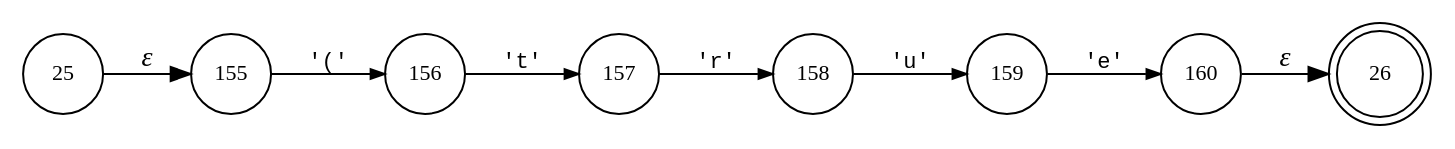
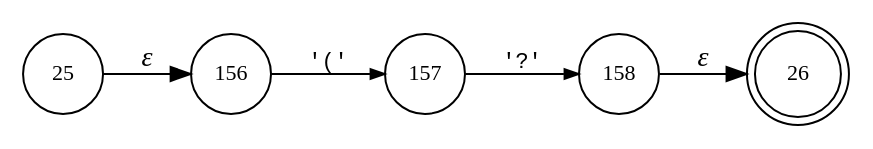
One commit to vulogov/Bund-old changed the diagram in internal/parser/BundLexer.T__12.dot. Above: the diagram before and after it, drawn with Graphviz. The commit also changed 169 other files, not shown here.

```diff
--- a/internal/parser/BundLexer.T__12.dot
+++ b/internal/parser/BundLexer.T__12.dot
@@ -1,18 +1,12 @@
 digraph ATN {
 rankdir=LR;
 s26[fontsize=11, label="26", shape=doublecircle, fixedsize=true, width=.6];
-s160[fontsize=11,label="160", shape=circle, fixedsize=true, width=.55, peripheries=1];
 s25[fontsize=11,label="25", shape=circle, fixedsize=true, width=.55, peripheries=1];
-s155[fontsize=11,label="155", shape=circle, fixedsize=true, width=.55, peripheries=1];
 s156[fontsize=11,label="156", shape=circle, fixedsize=true, width=.55, peripheries=1];
 s157[fontsize=11,label="157", shape=circle, fixedsize=true, width=.55, peripheries=1];
 s158[fontsize=11,label="158", shape=circle, fixedsize=true, width=.55, peripheries=1];
-s159[fontsize=11,label="159", shape=circle, fixedsize=true, width=.55, peripheries=1];
-s25 -> s155 [fontname="Times-Italic", label="&epsilon;"];
-s155 -> s156 [fontsize=11, fontname="Courier", arrowsize=.7, label = "'('", arrowhead = normal];
-s156 -> s157 [fontsize=11, fontname="Courier", arrowsize=.7, label = "'t'", arrowhead = normal];
-s157 -> s158 [fontsize=11, fontname="Courier", arrowsize=.7, label = "'r'", arrowhead = normal];
-s158 -> s159 [fontsize=11, fontname="Courier", arrowsize=.7, label = "'u'", arrowhead = normal];
-s159 -> s160 [fontsize=11, fontname="Courier", arrowsize=.7, label = "'e'", arrowhead = normal];
-s160 -> s26 [fontname="Times-Italic", label="&epsilon;"];
+s25 -> s156 [fontname="Times-Italic", label="&epsilon;"];
+s156 -> s157 [fontsize=11, fontname="Courier", arrowsize=.7, label = "'('", arrowhead = normal];
+s157 -> s158 [fontsize=11, fontname="Courier", arrowsize=.7, label = "'?'", arrowhead = normal];
+s158 -> s26 [fontname="Times-Italic", label="&epsilon;"];
 }
```
